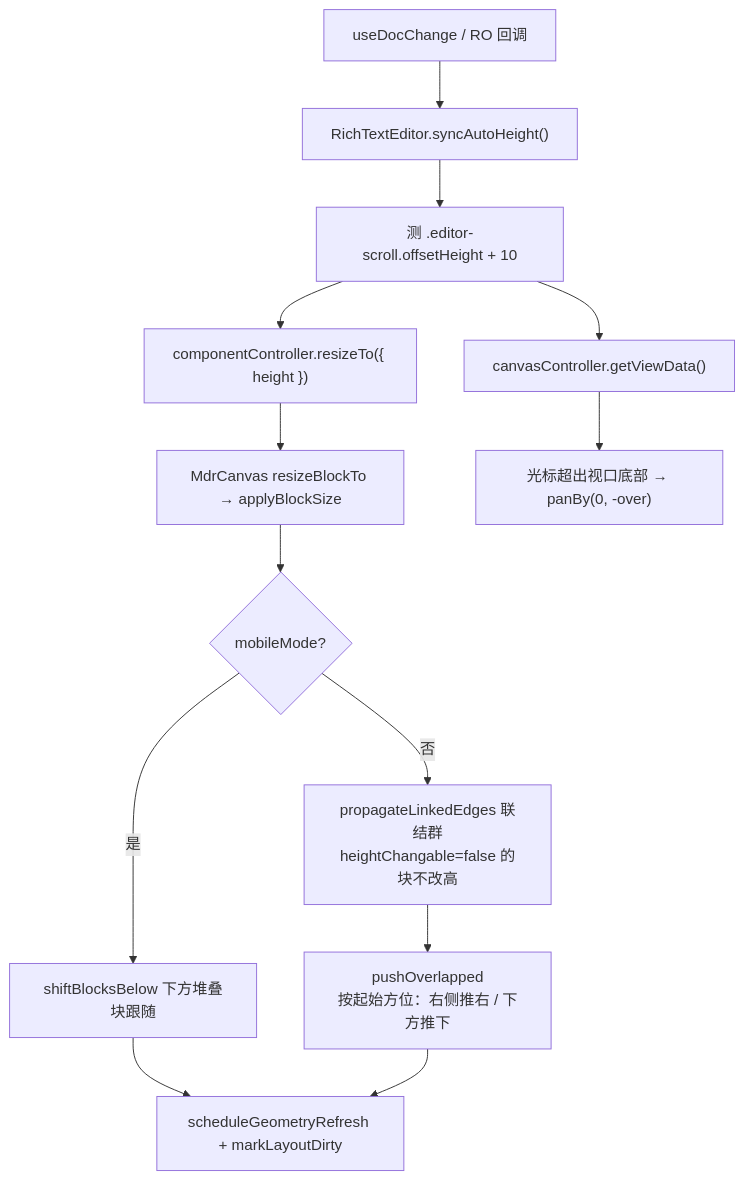
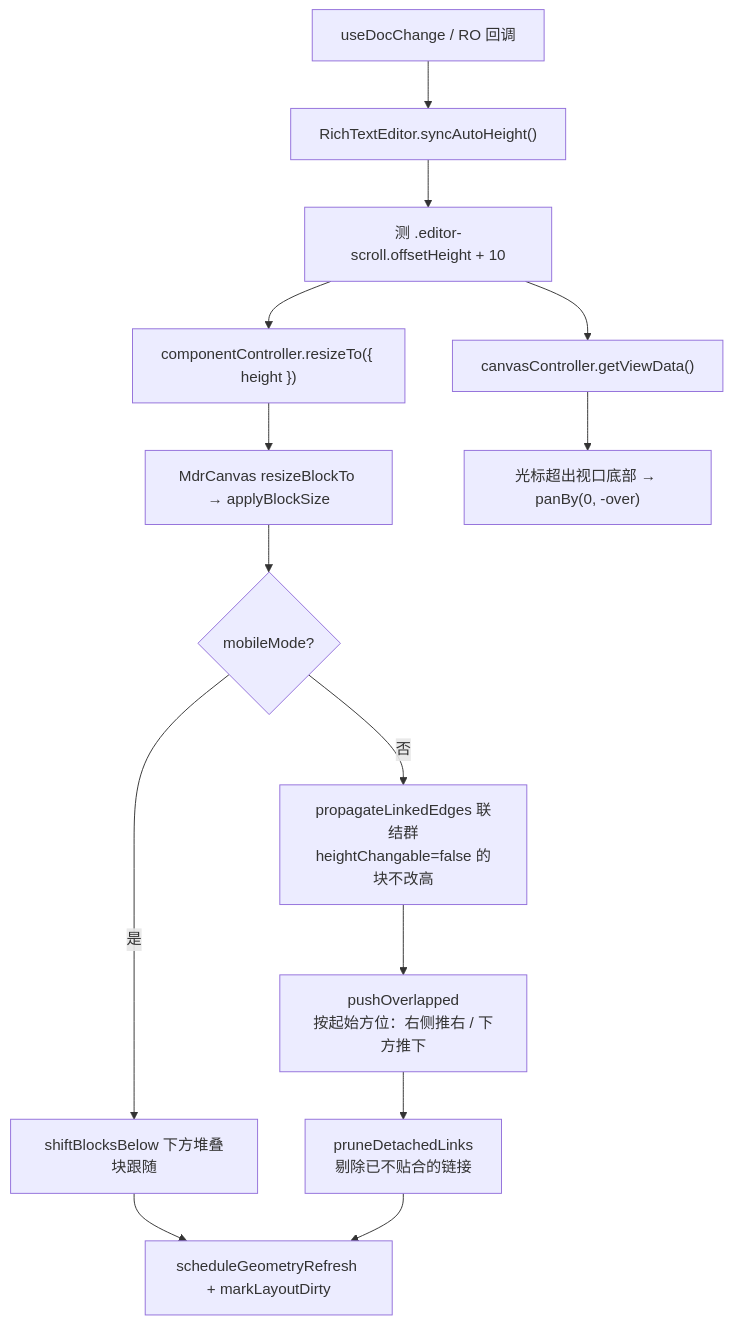
One commit to LogicAurora/Mindrizzle changed the fifth of 5 diagrams in src/docs/flow/05-block-lifecycle.md. Above: the diagram before and after it, drawn with Mermaid. The commit also changed other lines of this file and 2 other files, not shown here.

Commit message:
feat:大小改变完成后检查联结

````diff
--- a/src/docs/flow/05-block-lifecycle.md
+++ b/src/docs/flow/05-block-lifecycle.md
@@ -85,15 +85,16 @@
 ```mermaid
 flowchart TD
   A["useDocChange / RO 回调"] --> B["RichTextEditor.syncAutoHeight()"]
   B --> C["测 .editor-scroll.offsetHeight + 10"]
   C --> D["componentController.resizeTo({ height })"]
   D --> E["MdrCanvas resizeBlockTo → applyBlockSize"]
   E --> F{"mobileMode?"}
   F -->|是| G["shiftBlocksBelow 下方堆叠块跟随"]
   F -->|否| H["propagateLinkedEdges 联结群<br/>heightChangable=false 的块不改高"]
   H --> I["pushOverlapped<br/>按起始方位：右侧推右 / 下方推下"]
+  I --> I2["pruneDetachedLinks<br/>剔除已不贴合的链接"]
   G --> J["scheduleGeometryRefresh + markLayoutDirty"]
-  I --> J
+  I2 --> J
   C --> K["canvasController.getViewData()"]
   K --> L["光标超出视口底部 → panBy(0, -over)"]
 ```
````
